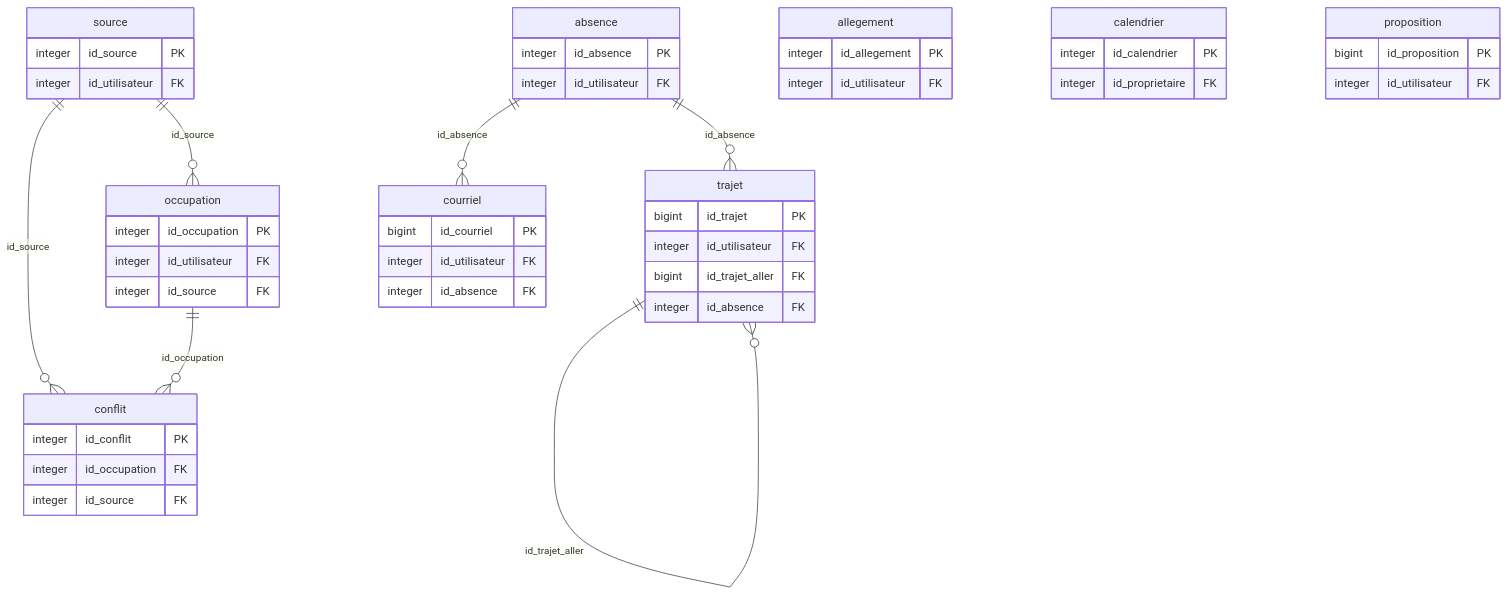
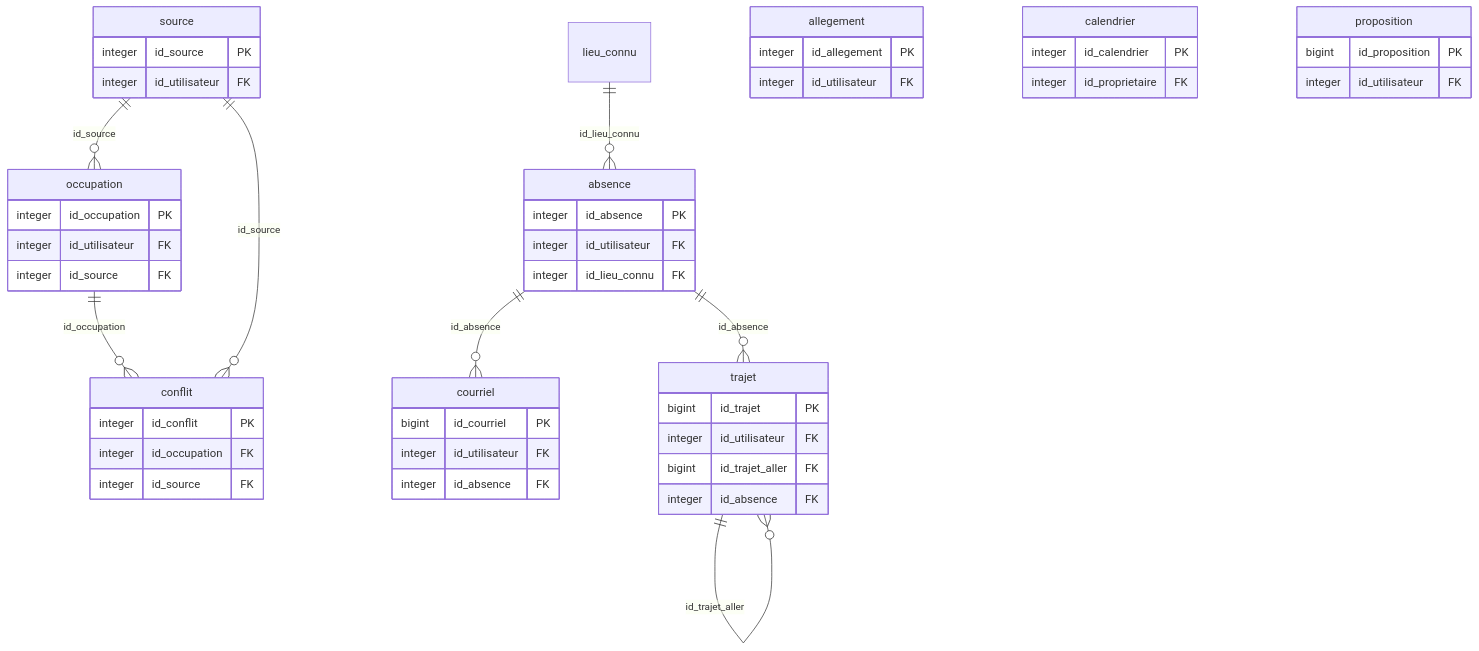
One commit to DocXydre/Projet_Emploie_du_temps changed the second of 8 diagrams in sql/SCHEMA.md. Above: the diagram before and after it, drawn with Mermaid. The commit also changed other lines of this file and 53 other files, not shown here.

````diff
--- a/sql/SCHEMA.md
+++ b/sql/SCHEMA.md
@@ -72,50 +72,52 @@
 ```mermaid
 erDiagram
+    lieu_connu ||--o{ absence : "id_lieu_connu"
     occupation ||--o{ conflit : "id_occupation"
     source ||--o{ conflit : "id_source"
     absence ||--o{ courriel : "id_absence"
     source ||--o{ occupation : "id_source"
     absence ||--o{ trajet : "id_absence"
     trajet ||--o{ trajet : "id_trajet_aller"
     source {
         integer id_source PK
         integer id_utilisateur FK
     }
     occupation {
         integer id_occupation PK
         integer id_utilisateur FK
         integer id_source FK
     }
     conflit {
         integer id_conflit PK
         integer id_occupation FK
         integer id_source FK
     }
     absence {
         integer id_absence PK
         integer id_utilisateur FK
+        integer id_lieu_connu FK
     }
     allegement {
         integer id_allegement PK
         integer id_utilisateur FK
     }
     calendrier {
         integer id_calendrier PK
         integer id_proprietaire FK
     }
     trajet {
         bigint id_trajet PK
         integer id_utilisateur FK
         bigint id_trajet_aller FK
         integer id_absence FK
     }
     proposition {
         bigint id_proposition PK
         integer id_utilisateur FK
     }
     courriel {
         bigint id_courriel PK
         integer id_utilisateur FK
         integer id_absence FK
     }
 ```
````
